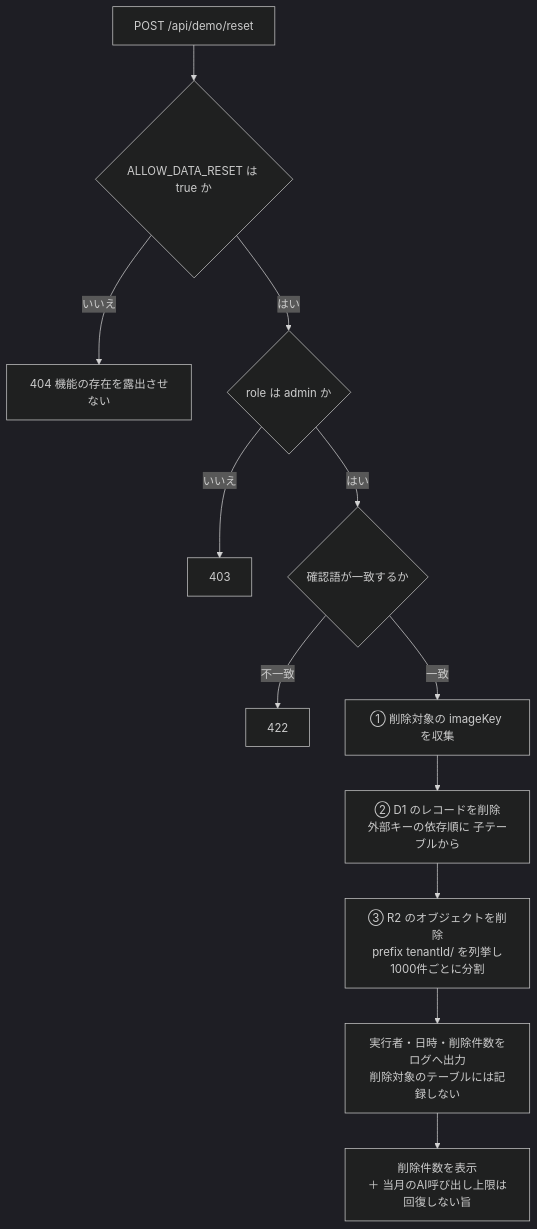
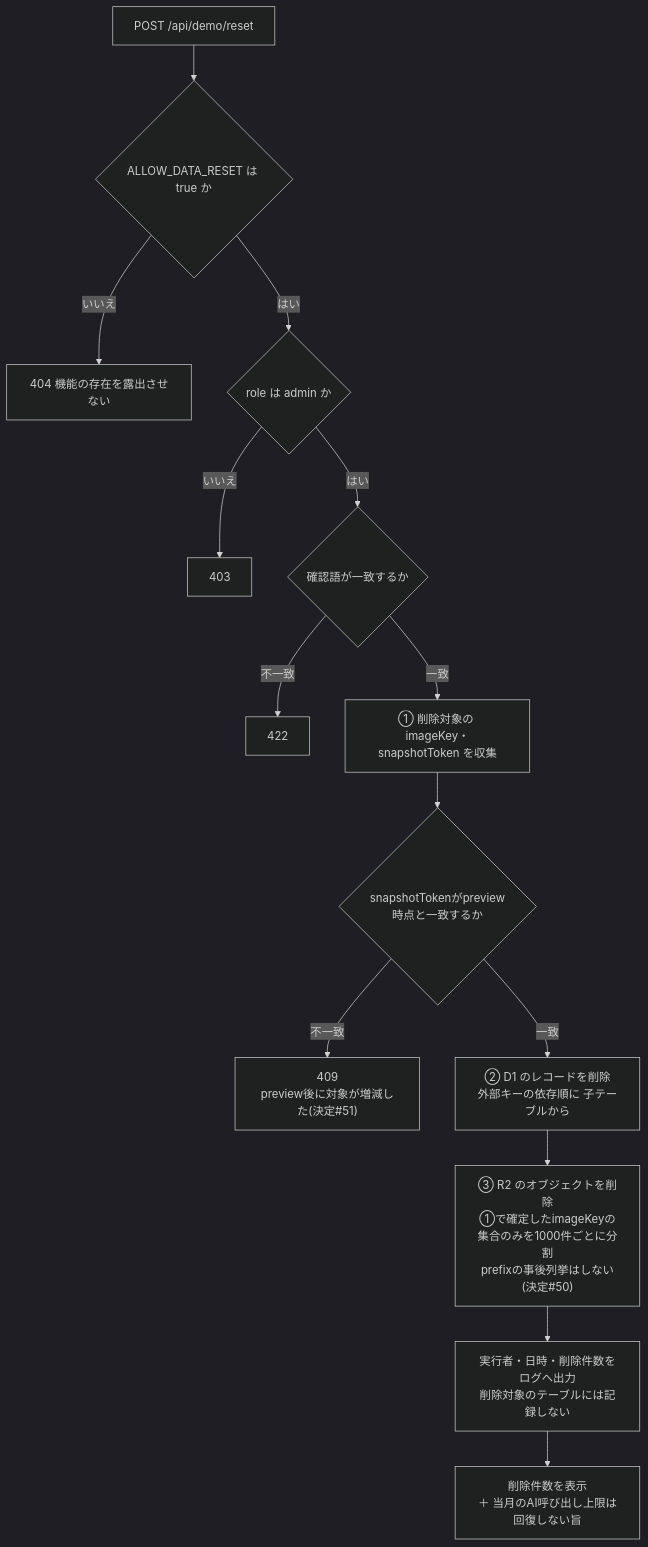
Before and after one commit to mizuho-jvit/ai-ocr-sample1: the seventh of 9 diagrams in knowledge/wiki/architecture/dataflow.md, drawn with Mermaid (dark theme). The commit also changed other lines of this file and 34 other files, not shown here.

````diff
--- a/knowledge/wiki/architecture/dataflow.md
+++ b/knowledge/wiki/architecture/dataflow.md
@@ -222,24 +222,29 @@
 ```mermaid
 flowchart TD
     START["POST /api/demo/reset"]
     FLAG{"ALLOW_DATA_RESET は true か"}
     NF["404 機能の存在を露出させない"]
     ROLE{"role は admin か"}
     FB["403"]
     WORD{"確認語が一致するか"}
     UNP["422"]
-    K["① 削除対象の imageKey を収集"]
+    K["① 削除対象の imageKey・snapshotToken を収集"]
+    SNAP{"snapshotTokenがpreview時点と一致するか"}
+    STALE["409<br/>preview後に対象が増減した(決定#51)"]
     D["② D1 のレコードを削除<br/>外部キーの依存順に 子テーブルから"]
-    R["③ R2 のオブジェクトを削除<br/>prefix tenantId/ を列挙し1000件ごとに分割"]
+    R["③ R2 のオブジェクトを削除<br/>①で確定したimageKeyの集合のみを1000件ごとに分割<br/>prefixの事後列挙はしない(決定#50)"]
     LOG["実行者・日時・削除件数をログへ出力<br/>削除対象のテーブルには記録しない"]
     RES["削除件数を表示<br/>＋ 当月のAI呼び出し上限は回復しない旨"]
 
     START --> FLAG
     FLAG -- いいえ --> NF
     FLAG -- はい --> ROLE
     ROLE -- いいえ --> FB
     ROLE -- はい --> WORD
     WORD -- 不一致 --> UNP
     WORD -- 一致 --> K
-    K --> D --> R --> LOG --> RES
+    K --> SNAP
+    SNAP -- 不一致 --> STALE
+    SNAP -- 一致 --> D
+    D --> R --> LOG --> RES
 ```
````
